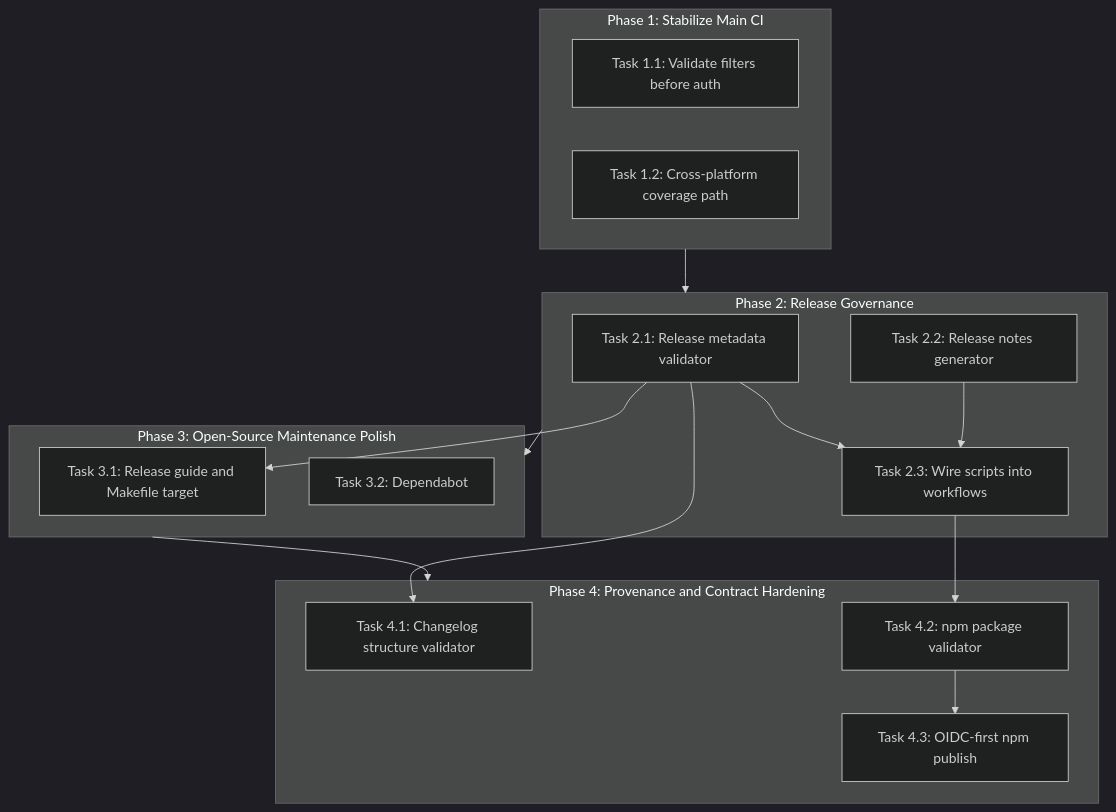
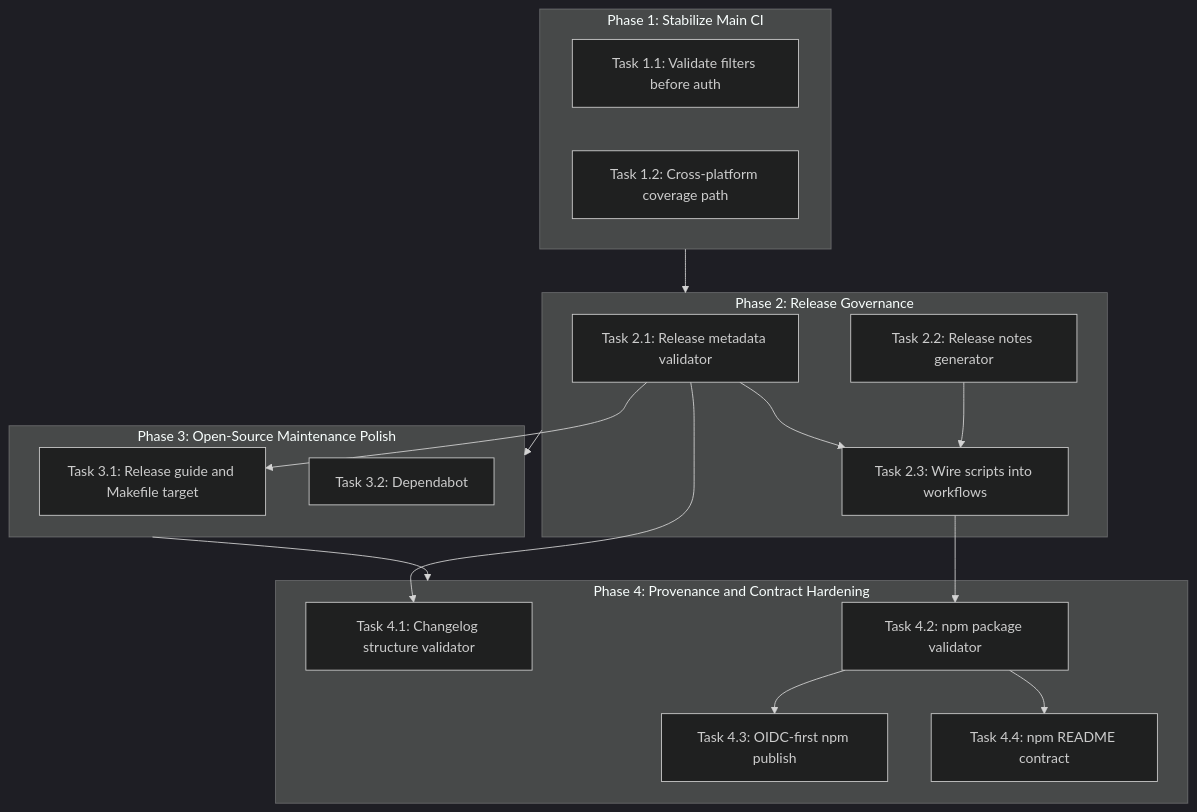
One commit to DeliciousBuding/dida-cli changed the diagram in docs/plan/dependency-graph.md. Above: the diagram before and after it, drawn with Mermaid (dark theme). The commit also changed 10 other files, not shown here.

````diff
--- a/docs/plan/dependency-graph.md
+++ b/docs/plan/dependency-graph.md
@@ -3,34 +3,36 @@
 ```mermaid
 graph TD
   subgraph Phase1["Phase 1: Stabilize Main CI"]
     T11["Task 1.1: Validate filters before auth"]
     T12["Task 1.2: Cross-platform coverage path"]
   end
 
   subgraph Phase2["Phase 2: Release Governance"]
     T21["Task 2.1: Release metadata validator"]
     T22["Task 2.2: Release notes generator"]
     T23["Task 2.3: Wire scripts into workflows"]
   end
 
   subgraph Phase3["Phase 3: Open-Source Maintenance Polish"]
     T31["Task 3.1: Release guide and Makefile target"]
     T32["Task 3.2: Dependabot"]
   end
 
   subgraph Phase4["Phase 4: Provenance and Contract Hardening"]
     T41["Task 4.1: Changelog structure validator"]
     T42["Task 4.2: npm package validator"]
     T43["Task 4.3: OIDC-first npm publish"]
+    T44["Task 4.4: npm README contract"]
   end
 
   T21 --> T23
   T22 --> T23
   T21 --> T31
   T21 --> T41
   T23 --> T42
   T42 --> T43
+  T42 --> T44
   Phase1 --> Phase2
   Phase2 --> Phase3
   Phase3 --> Phase4
 ```
````
